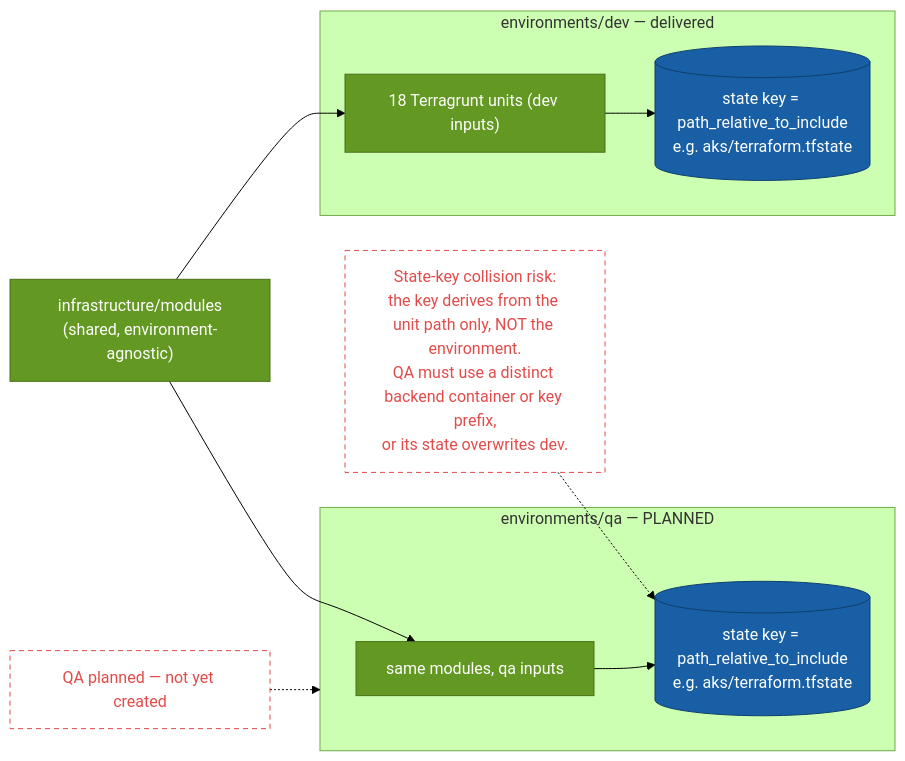
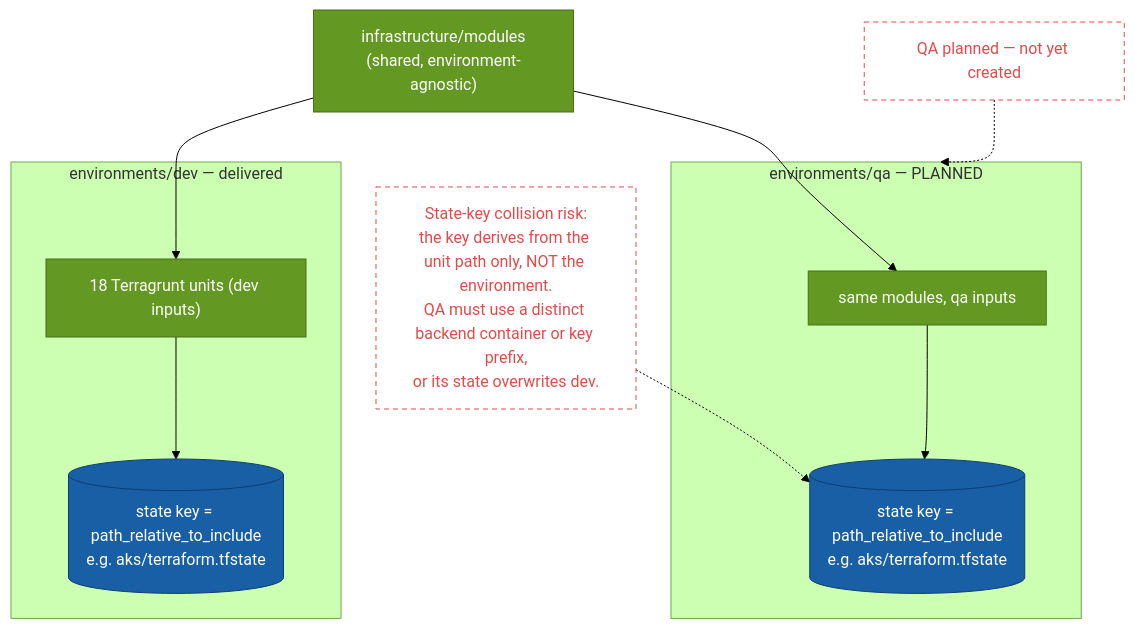
The diagram in docs/architecture/diagrams/17-env-promotion.md (seesathish/AntKart-Src3), drawn with Mermaid (forest theme) before and after one commit. The commit also changed 6 other files, not shown here.

First line of the commit message:
docs(architecture): lock vertical-layout rule and convert six diagrams to TD

````diff
--- a/docs/architecture/diagrams/17-env-promotion.md
+++ b/docs/architecture/diagrams/17-env-promotion.md
@@ -7,33 +7,33 @@
 ```mermaid
-flowchart LR
+flowchart TD
     MODULES["infrastructure/modules<br/>(shared, environment-agnostic)"]:::cicd
 
     subgraph DEV["environments/dev — delivered"]
         DUNITS["18 Terragrunt units (dev inputs)"]:::cicd
         DSTATE[("state key = path_relative_to_include<br/>e.g. aks/terraform.tfstate")]:::datastore
     end
 
     subgraph QA["environments/qa — PLANNED"]
         QUNITS["same modules, qa inputs"]:::cicd
         QSTATE[("state key = path_relative_to_include<br/>e.g. aks/terraform.tfstate")]:::datastore
     end
 
     RISK["State-key collision risk:<br/>the key derives from the unit path only, NOT the environment.<br/>QA must use a distinct backend container or key prefix,<br/>or its state overwrites dev."]:::issue
     PLAN["QA planned — not yet created"]:::issue
 
     MODULES --> DUNITS
     MODULES --> QUNITS
     DUNITS --> DSTATE
     QUNITS --> QSTATE
     RISK -.-> QSTATE
     PLAN -.-> QA
 
     classDef external fill:#B4B2A9,stroke:#7A7870,color:#111,stroke-dasharray:4 3;
     classDef service fill:#1D9E75,stroke:#14795A,color:#FFF;
     classDef paas fill:#0078D4,stroke:#005A9E,color:#FFF;
     classDef datastore fill:#185FA5,stroke:#0F3F6E,color:#FFF;
     classDef identity fill:#BA7517,stroke:#8A560F,color:#FFF;
     classDef edge fill:#7F77DD,stroke:#5B52B8,color:#FFF;
     classDef cicd fill:#639922,stroke:#496F18,color:#FFF;
     classDef issue fill:none,stroke:#E24B4A,color:#E24B4A,stroke-dasharray:5 4;
 ```
````
